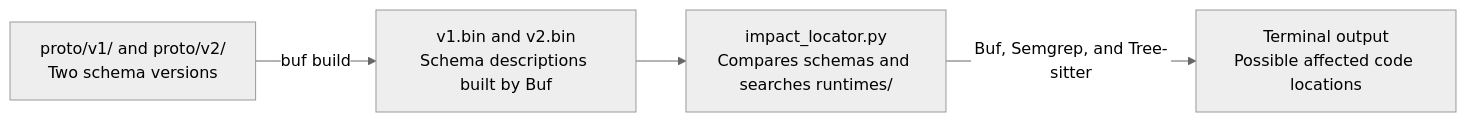
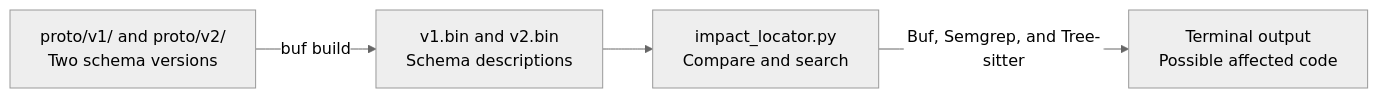
The second of 2 diagrams in README.md (rschreiber95/schema-sentinel), drawn with Mermaid (neutral theme) before and after one commit. The commit also changed other lines of this file, not shown here.

Commit message:
Keep diagram labels short and readable

````diff
--- a/README.md
+++ b/README.md
@@ -96,11 +97,11 @@
 ```mermaid
 flowchart LR
     schemas["proto/v1/ and proto/v2/<br/>Two schema versions"]
-    descriptors["v1.bin and v2.bin<br/>Schema descriptions built by Buf"]
-    locator["impact_locator.py<br/>Compares schemas and searches runtimes/"]
-    matches["Terminal output<br/>Possible affected code locations"]
+    descriptors["v1.bin and v2.bin<br/>Schema descriptions"]
+    locator["impact_locator.py<br/>Compare and search"]
+    matches["Terminal output<br/>Possible affected code"]
 
     schemas -->|buf build| descriptors
     descriptors --> locator
     locator -->|Buf, Semgrep, and Tree-sitter| matches
 ```
````
